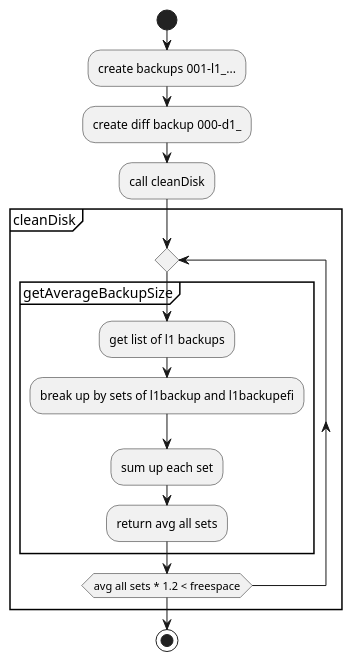
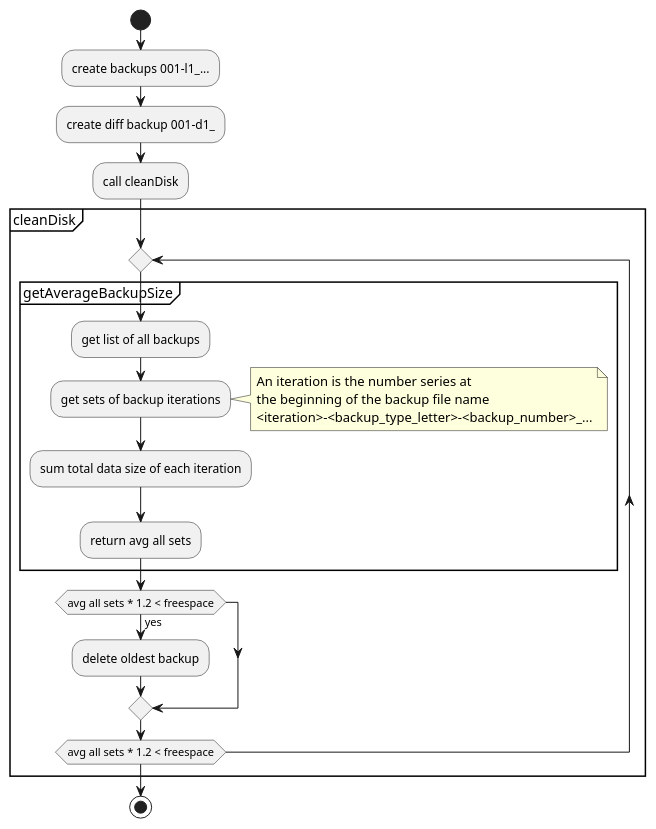
Before and after one commit to Spitfire1900/ecryptfsbackup: the diagram in cleanDisk.plantuml, drawn with PlantUML.

Commit message:
Use backup iterations

```diff
--- a/cleanDisk.plantuml
+++ b/cleanDisk.plantuml
@@ -1,20 +1,28 @@
 @startuml
 
 start
 :create backups 001-l1_...;
-:create diff backup 000-d1_;
+:create diff backup 001-d1_;
 :call cleanDisk;
 partition cleanDisk {
 
   repeat
     partition getAverageBackupSize {
-      :get list of l1 backups;
-      :break up by sets of l1backup and l1backupefi;
-      :sum up each set;
+      :get list of all backups;
+      :get sets of backup iterations;
+      note right
+        An iteration is the number series at
+        the beginning of the backup file name
+        <iteration>-<backup_type_letter>-<backup_number>_...
+      end note
+      :sum total data size of each iteration;
       :return avg all sets;
     }
+    if (avg all sets * 1.2 < freespace) then (yes)
+      :delete oldest backup;
+    endif
   repeat while (avg all sets * 1.2 < freespace)
 }
 stop
 
 @enduml
```
